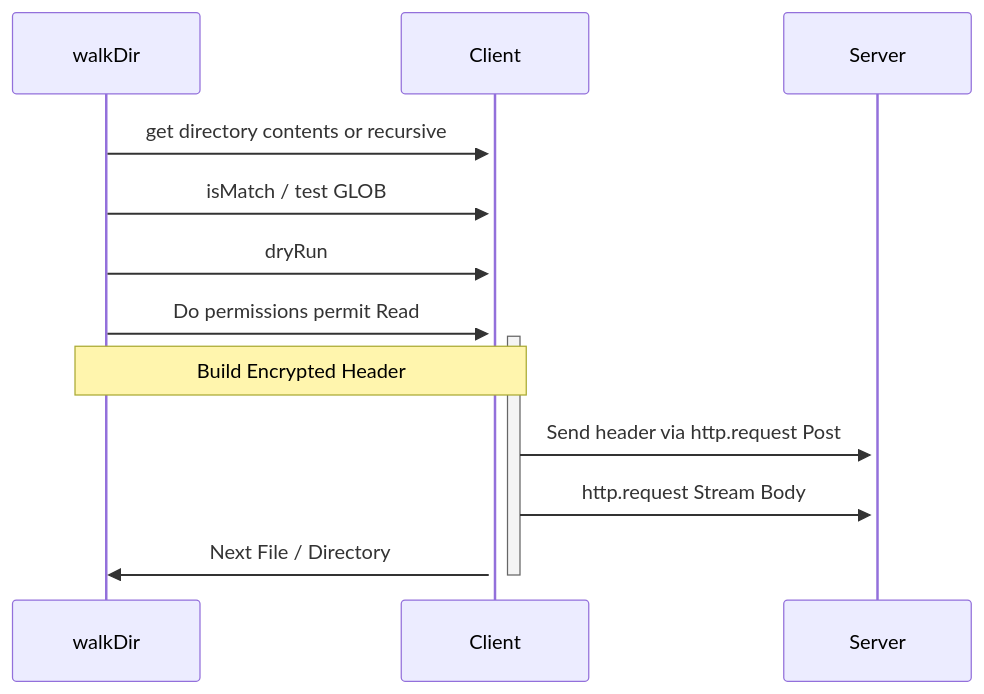
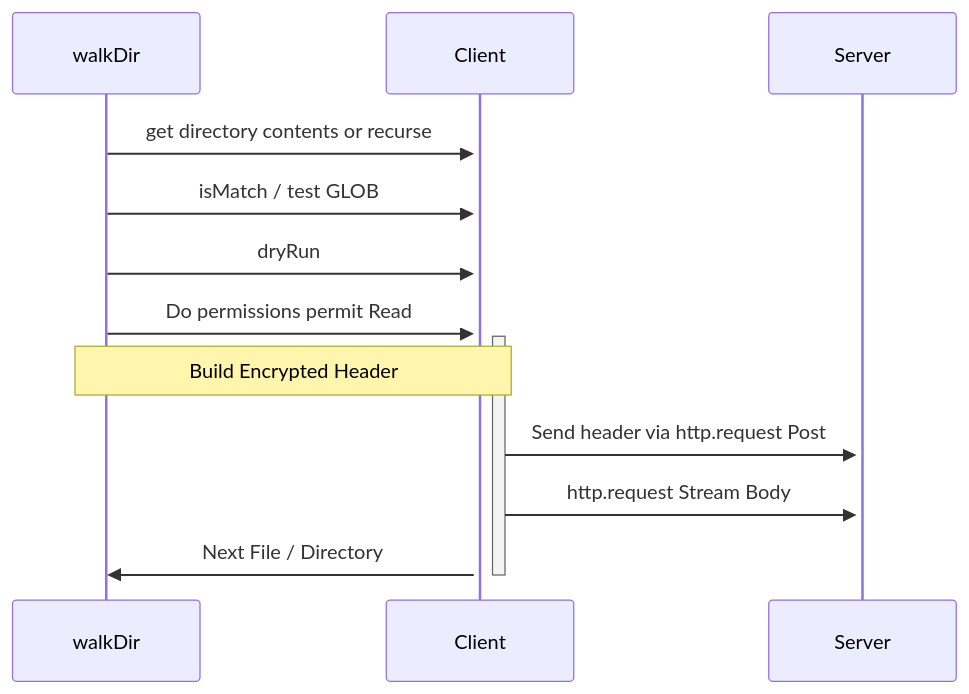
The diagram in README.md (psenger/squirt-cli), drawn with Mermaid before and after one commit. The commit also changed other lines of this file and 11 other files, not shown here.

````diff
--- a/README.md
+++ b/README.md
@@ -13,11 +13,11 @@
 ```mermaid
 sequenceDiagram
-  walkDir ->>+ Client: get directory contents or recursive
-  walkDir ->>+ Client: isMatch / test GLOB
-  walkDir ->>+ Client: dryRun
-  walkDir ->>+ Client: Do permissions permit Read
-  Note over walkDir, Client: Build Encrypted Header
-  Client ->>+ Server: Send header via http.request Post
-  Client ->>+ Server: http.request Stream Body
-  Client ->>- walkDir: Next File / Directory
+    walkDir ->>+ Client: get directory contents or recurse
+    walkDir ->>+ Client: isMatch / test GLOB
+    walkDir ->>+ Client: dryRun
+    walkDir ->>+ Client: Do permissions permit Read
+    Note over walkDir, Client: Build Encrypted Header
+    Client ->>+ Server: Send header via http.request Post
+    Client ->>+ Server: http.request Stream Body
+    Client ->>- walkDir: Next File / Directory
 ```
````
